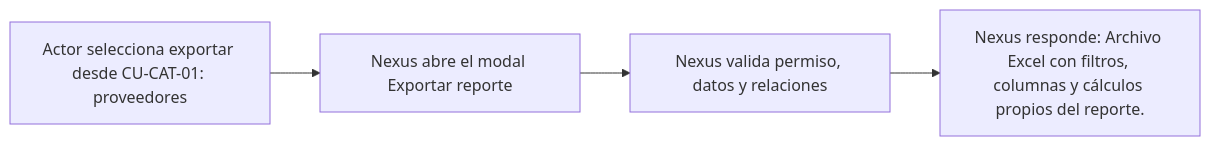
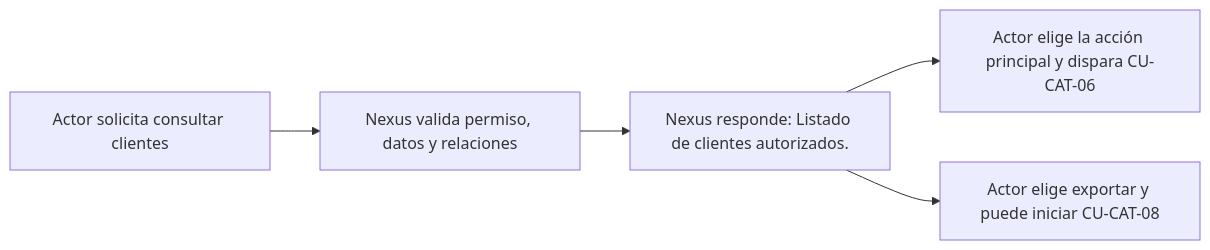
Before and after one commit to gpgsistemas01/nexus: the diagram in docs/requirements/diagrams/catalogs/cu-cat-05.md, drawn with Mermaid. The commit also changed other lines of this file and 167 other files, not shown here.

````diff
--- a/docs/requirements/diagrams/catalogs/cu-cat-05.md
+++ b/docs/requirements/diagrams/catalogs/cu-cat-05.md
@@ -3,6 +3,7 @@
 ```mermaid
 flowchart LR
-    request["Actor selecciona exportar desde CU-CAT-01: proveedores"] --> modal["Nexus abre el modal Exportar reporte"]
-    modal --> validate["Nexus valida permiso, datos y relaciones"]
-    validate --> result["Nexus responde: Archivo Excel con filtros, columnas y cálculos propios del reporte."]
+    request["Actor solicita consultar clientes"] --> validate["Nexus valida permiso, datos y relaciones"]
+    validate --> result["Nexus responde: Listado de clientes autorizados."]
+    result --> primary["Actor elige la acción principal y dispara CU-CAT-06"]
+    result --> report["Actor elige exportar y puede iniciar CU-CAT-08"]
 ```
````
